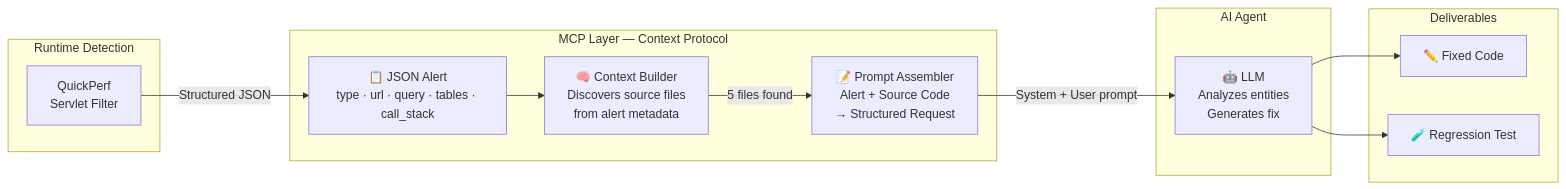
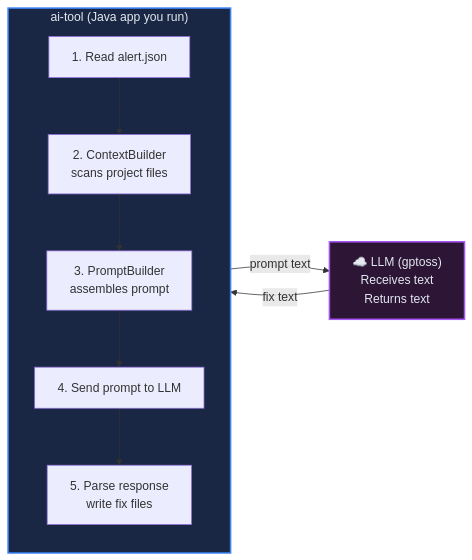
The first of 4 diagrams in docs/mcp_vision.md (HADHRI/quickperf), drawn with Mermaid before and after one commit. The commit also changed other lines of this file, not shown here.

Commit message:
Rewrite MCP vision doc: clear 3-actor architecture + A-to-Z example

````diff
--- a/docs/mcp_vision.md
+++ b/docs/mcp_vision.md
@@ -11,28 +13,20 @@
 ```mermaid
 flowchart LR
-    subgraph Detection["Runtime Detection"]
-        QP["QuickPerf<br/>Servlet Filter"]
+    subgraph YourCode["ai-tool (Java app you run)"]
+        direction TB
+        A1["1. Read alert.json"]
+        A2["2. ContextBuilder<br/>scans project files"]
+        A3["3. PromptBuilder<br/>assembles prompt"]
+        A4["4. Send prompt to LLM"]
+        A5["5. Parse response<br/>write fix files"]
+        A1 --> A2 --> A3 --> A4 --> A5
     end
 
-    subgraph MCP["MCP Layer — Context Protocol"]
-        ALERT["📋 JSON Alert<br/>type · url · query · tables · call_stack"]
-        CTX["🧠 Context Builder<br/>Discovers source files<br/>from alert metadata"]
-        PROMPT["📝 Prompt Assembler<br/>Alert + Source Code<br/>→ Structured Request"]
-    end
+    LLM["☁️ LLM (gptoss)<br/>Receives text<br/>Returns text"]
 
-    subgraph AI["AI Agent"]
-        LLM["🤖 LLM<br/>Analyzes entities<br/>Generates fix"]
-    end
+    A4 -->|"prompt text"| LLM
+    LLM -->|"fix text"| A5
 
-    subgraph Output["Deliverables"]
-        FIX["✏️ Fixed Code"]
-        TEST["🧪 Regression Test"]
-    end
-
-    QP -->|"Structured JSON"| ALERT
-    ALERT --> CTX
-    CTX -->|"5 files found"| PROMPT
-    PROMPT -->|"System + User prompt"| LLM
-    LLM --> FIX
-    LLM --> TEST
+    style YourCode fill:#1a2744,stroke:#3b82f6,stroke-width:2px,color:#e2e8f0
+    style LLM fill:#2d1535,stroke:#a855f7,stroke-width:2px,color:#e2e8f0
 ```
````
